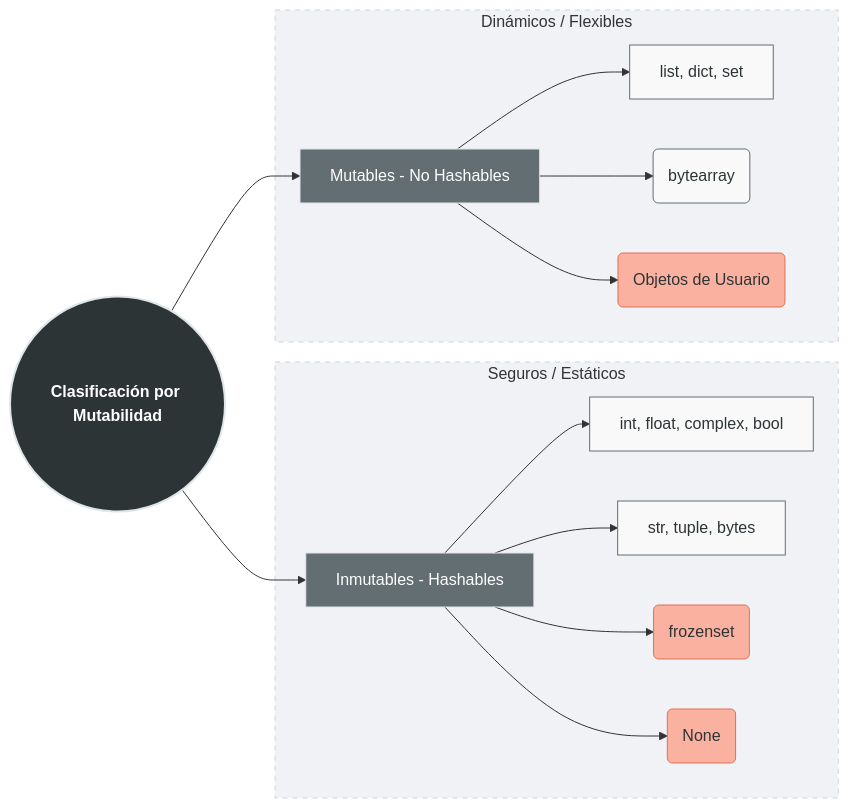
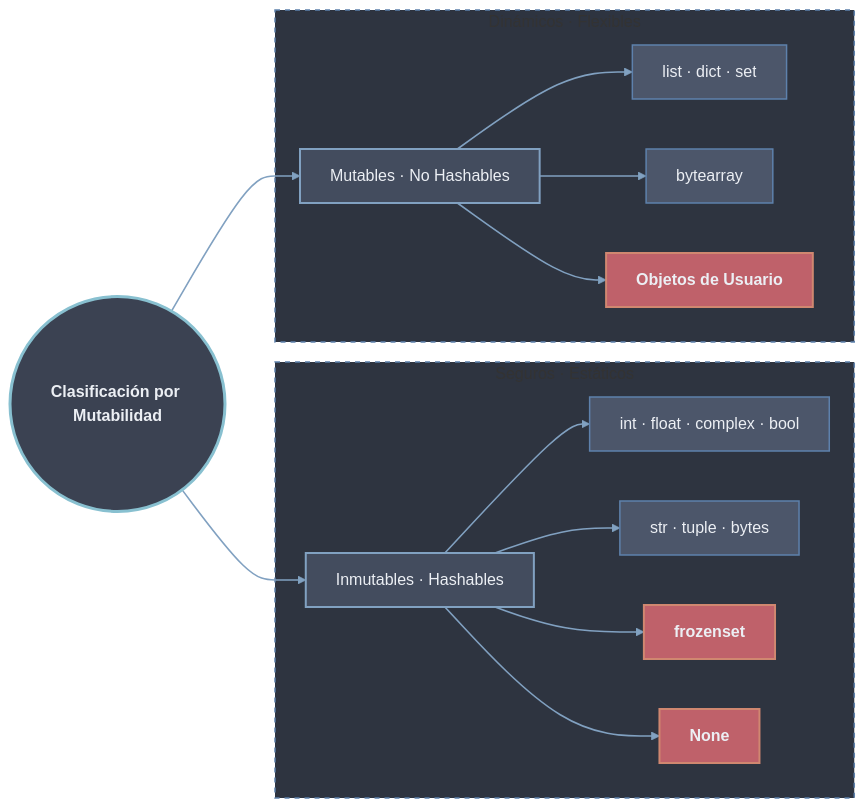
The diagram in 100 Programación Orientada a Procesos/10 Variables y Tipos de Datos/02 Mutabilidad y Inmutabilidad.md (Pineapple-Mikael-Engineer/Python_Obsidian), drawn with Mermaid before and after one commit. The commit also changed other lines of this file and 9 other files, not shown here.

Commit message:
fix: Arreglar Graficos Mermaid a Estandar

````diff
--- a/100 Programación Orientada a Procesos/10 Variables y Tipos de Datos/02 Mutabilidad y Inmutabilidad.md
+++ b/100 Programación Orientada a Procesos/10 Variables y Tipos de Datos/02 Mutabilidad y Inmutabilidad.md
@@ -33,28 +33,31 @@
 ```mermaid
 flowchart LR
-    classDef principal fill:#2d3436,stroke:#dfe6e9,stroke-width:2px,color:#fff,font-weight:bold;
-    classDef categoria fill:#636e72,stroke:#dfe6e9,stroke-width:1px,color:#fff;
-    classDef tipo fill:#f9f9f9,stroke:#636e72,stroke-width:1px,color:#2d3436;
-    classDef especial fill:#fab1a0,stroke:#e17055,stroke-width:1px,color:#2d3436;
+    classDef raiz fill:#3b4252,stroke:#88c0d0,stroke-width:3px,color:#eceff4,font-weight:bold;
+    classDef categoria fill:#434c5e,stroke:#81a1c1,stroke-width:2px,color:#eceff4;
+    classDef subcategoria fill:#4c566a,stroke:#5e81ac,stroke-width:1.5px,color:#eceff4;
+    classDef especial fill:#bf616a,stroke:#d08770,stroke-width:2px,color:#eceff4,font-weight:bold;
 
-    Title((Clasificación por Mutabilidad)):::principal
+    Title((Clasificación por Mutabilidad)):::raiz
 
-    Title --> Inmutables[Inmutables - Hashables]:::categoria
-    Title --> Mutables[Mutables - No Hashables]:::categoria
+    Title --> Inmutables[Inmutables · Hashables]:::categoria
+    Title --> Mutables[Mutables · No Hashables]:::categoria
 
-    subgraph G1 [Seguros / Estáticos]
-        Inmutables --> Num["int, float, complex, bool"]:::tipo
-        Inmutables --> SecIn["str, tuple, bytes"]:::tipo
-        Inmutables --> FSet("frozenset"):::especial
-        Inmutables --> Cst("None"):::especial
+    subgraph G1 [Seguros · Estáticos]
+        Inmutables --> Num[int · float · complex · bool]:::subcategoria
+        Inmutables --> SecIn[str · tuple · bytes]:::subcategoria
+        Inmutables --> FSet[frozenset]:::especial
+        Inmutables --> Cst[None]:::especial
     end
 
-    subgraph G2 [Dinámicos / Flexibles]
-        Mutables --> Col["list, dict, set"]:::tipo
-        Mutables --> Bin("bytearray"):::tipo
-        Mutables --> User("Objetos de Usuario"):::especial
+    subgraph G2 [Dinámicos · Flexibles]
+        Mutables --> Col[list · dict · set]:::subcategoria
+        Mutables --> Bin[bytearray]:::subcategoria
+        Mutables --> User[Objetos de Usuario]:::especial
     end
 
-    style G1 fill:#f1f2f6,stroke:#ced4da,stroke-dasharray: 5 5
-    style G2 fill:#f1f2f6,stroke:#ced4da,stroke-dasharray: 5 5
+    style G1 fill:#2e3440,stroke:#5e81ac,stroke-dasharray:5 5,stroke-width:1.5px
+    style G2 fill:#2e3440,stroke:#5e81ac,stroke-dasharray:5 5,stroke-width:1.5px
+
+    linkStyle default stroke:#81a1c1,stroke-width:1.6px
+
 ```
````
